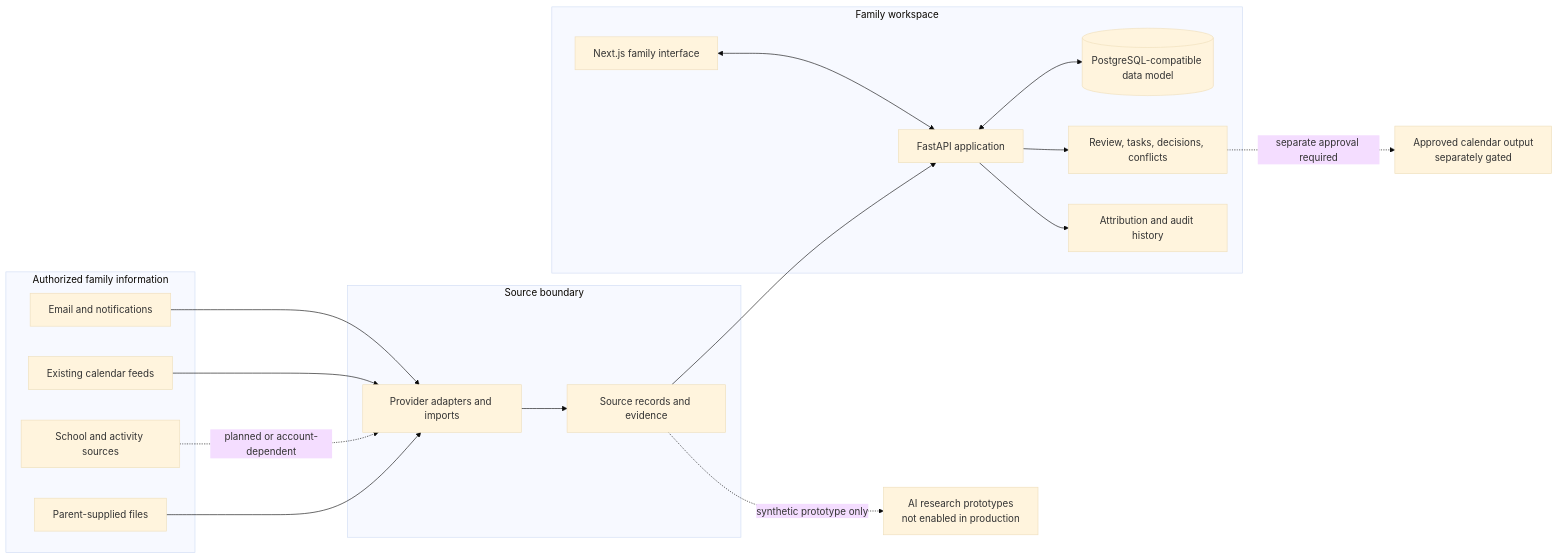
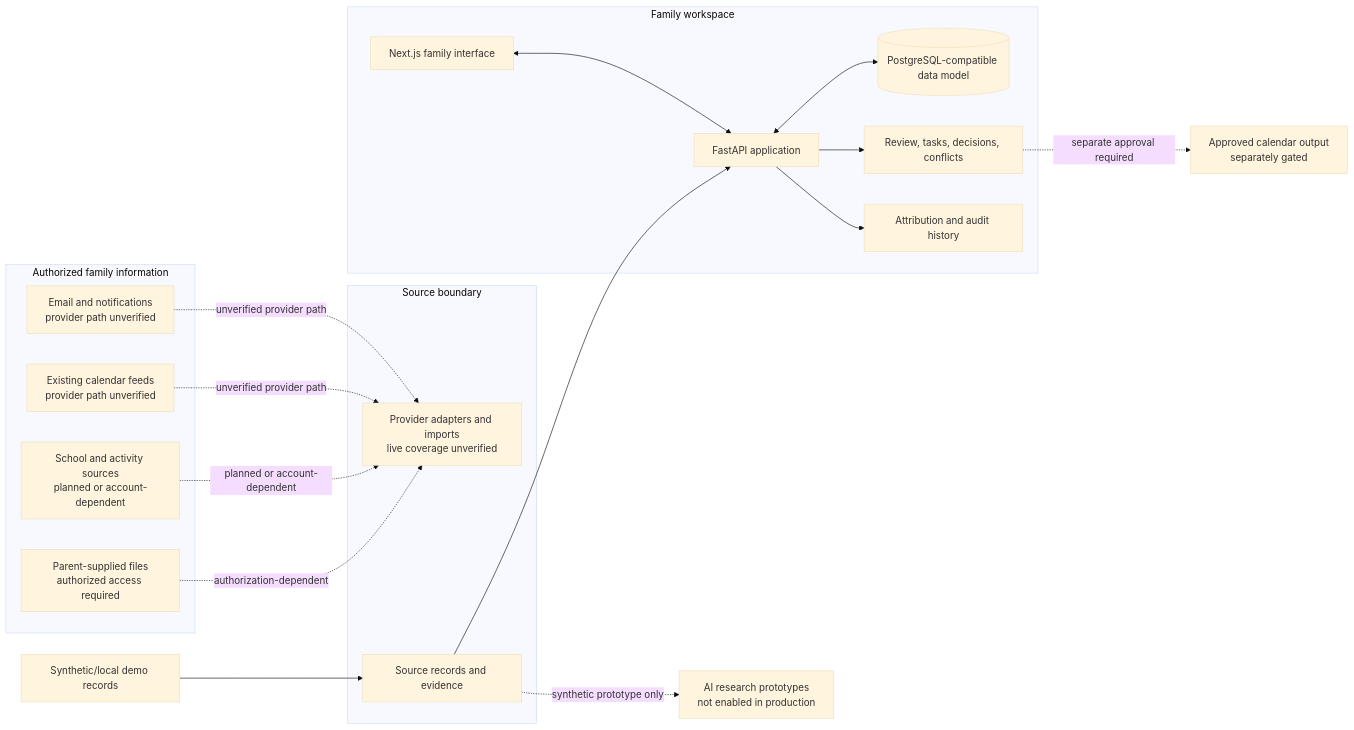
One commit to n1416y/dacodac-showcase changed the diagram in architecture.mmd. Above: the diagram before and after it, drawn with Mermaid (base theme).

Commit message:
Clarify showcase architecture.mmd

```diff
--- a/architecture.mmd
+++ b/architecture.mmd
@@ -1,35 +1,37 @@
 flowchart LR
   subgraph Inputs[Authorized family information]
-    Mail[Email and notifications]
-    Calendar[Existing calendar feeds]
-    School[School and activity sources]
-    Import[Parent-supplied files]
+    Mail[Email and notifications<br/>provider path unverified]
+    Calendar[Existing calendar feeds<br/>provider path unverified]
+    School[School and activity sources<br/>planned or account-dependent]
+    Import[Parent-supplied files<br/>authorized access required]
   end
 
   subgraph Intake[Source boundary]
-    Adapters[Provider adapters and imports]
+    Adapters[Provider adapters and imports<br/>live coverage unverified]
     Evidence[Source records and evidence]
   end
 
   subgraph Core[Family workspace]
     Web[Next.js family interface]
     API[FastAPI application]
     Store[(PostgreSQL-compatible data model)]
     Review[Review, tasks, decisions, conflicts]
     Audit[Attribution and audit history]
   end
 
+  Demo[Synthetic/local demo records]
   AI[AI research prototypes\nnot enabled in production]
   Writer[Approved calendar output\nseparately gated]
 
-  Mail --> Adapters
-  Calendar --> Adapters
+  Mail -. unverified provider path .-> Adapters
+  Calendar -. unverified provider path .-> Adapters
   School -. planned or account-dependent .-> Adapters
-  Import --> Adapters
-  Adapters --> Evidence --> API
+  Import -. authorization-dependent .-> Adapters
+  Demo --> Evidence
+  Evidence --> API
   Web <--> API
   API <--> Store
   API --> Review
   API --> Audit
   Evidence -. synthetic prototype only .-> AI
   Review -. separate approval required .-> Writer
```
